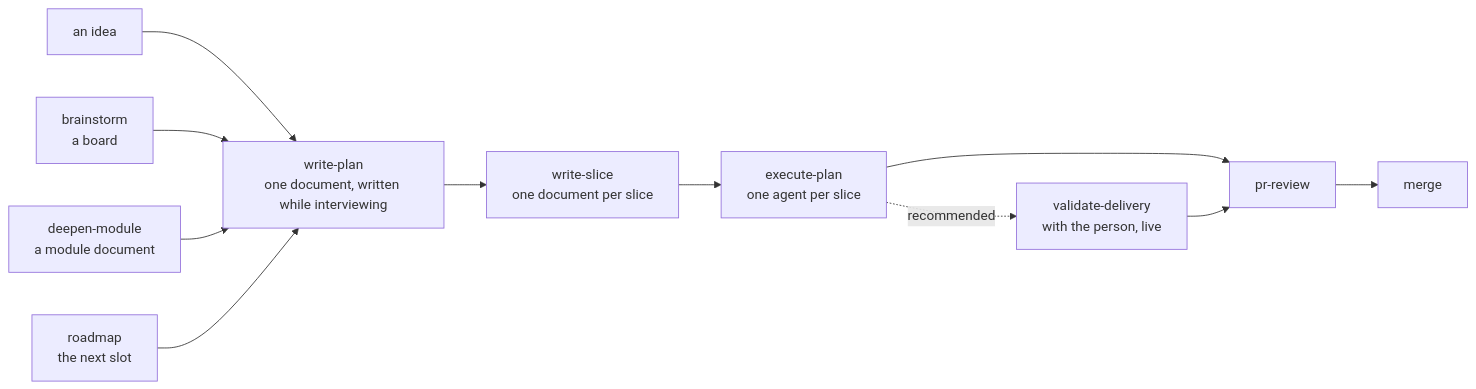
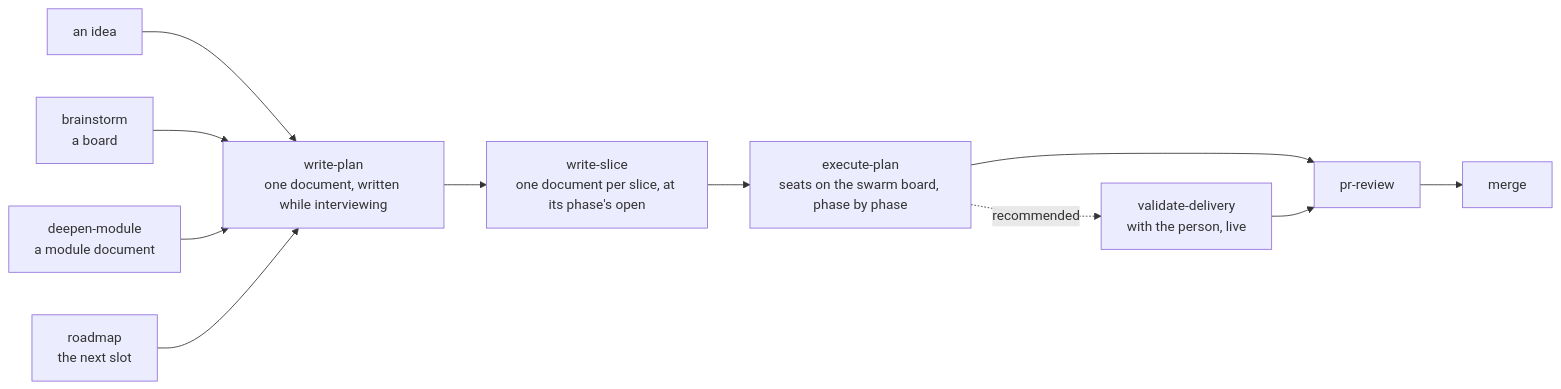
The diagram in README.md (Ovich/charrette), drawn with Mermaid before and after one commit. The commit also changed other lines of this file and 22 other files, not shown here.

````diff
--- a/README.md
+++ b/README.md
@@ -21,13 +21,13 @@
 ```mermaid
 flowchart LR
   I["an idea"] --> P
   B["brainstorm<br/>a board"] --> P
   DM["deepen-module<br/>a module document"] --> P
   RM["roadmap<br/>the next slot"] --> P
-  P["write-plan<br/>one document, written while interviewing"] --> WS["write-slice<br/>one document per slice"]
-  WS --> E["execute-plan<br/>one agent per slice"]
+  P["write-plan<br/>one document, written while interviewing"] --> WS["write-slice<br/>one document per slice, at its phase's open"]
+  WS --> E["execute-plan<br/>seats on the swarm board, phase by phase"]
   E --> R["pr-review"]
   E -.->|"recommended"| V["validate-delivery<br/>with the person, live"]
   V --> R
   R --> M["merge"]
 ```
````
